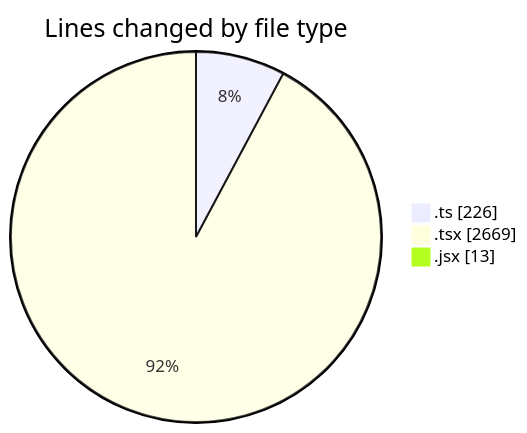
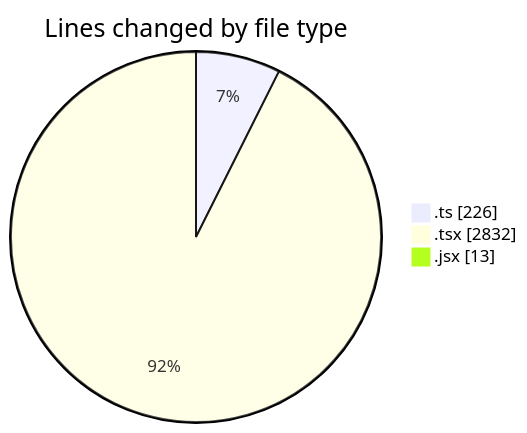
The first of 2 diagrams in 2025-12-02/cda/README.md (momahboobian/code-tracking), drawn with Mermaid before and after one commit. The commit also changed other lines of this file and 1 other file, not shown here.

````diff
--- a/2025-12-02/cda/README.md
+++ b/2025-12-02/cda/README.md
@@ -29,7 +30,7 @@
 ```mermaid
 pie showData
 title Lines changed by file type
 ".ts" : 226
-".tsx" : 2669
+".tsx" : 2832
 ".jsx" : 13
 ```
````
